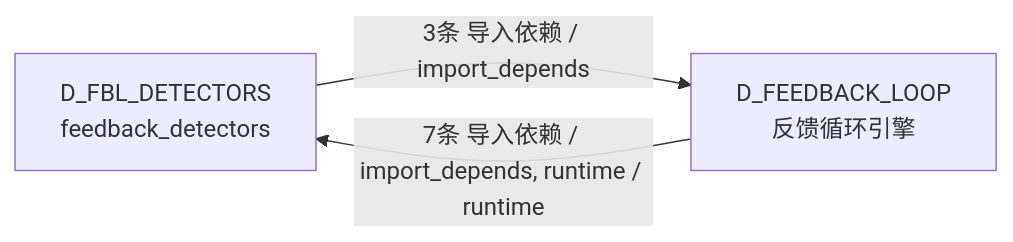
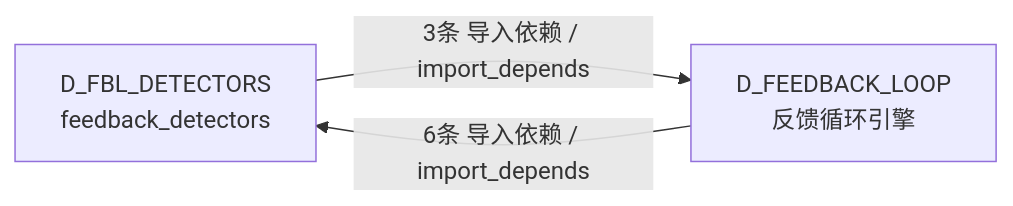
One commit to xuanFelixVan/ZephyrAlpha changed the sixth of 6 diagrams in docs/02_enterprise_architecture/02_domain_architecture_docs/11_d_fbl_detectors.md. Above: the diagram before and after it, drawn with Mermaid. The commit also changed other lines of this file and 103 other files, not shown here.

````diff
--- a/docs/02_enterprise_architecture/02_domain_architecture_docs/11_d_fbl_detectors.md
+++ b/docs/02_enterprise_architecture/02_domain_architecture_docs/11_d_fbl_detectors.md
@@ -393,7 +390,7 @@
 ```mermaid
 graph LR
     D_FBL_DETECTORS["D_FBL_DETECTORS<br/>feedback_detectors"]
     D_FEEDBACK_LOOP["D_FEEDBACK_LOOP<br/>反馈循环引擎"]
     D_FBL_DETECTORS -->|3条 导入依赖 / import_depends| D_FEEDBACK_LOOP
-    D_FEEDBACK_LOOP -->|7条 导入依赖 / import_depends, runtime / runtime| D_FBL_DETECTORS
+    D_FEEDBACK_LOOP -->|6条 导入依赖 / import_depends| D_FBL_DETECTORS
 ```
````
